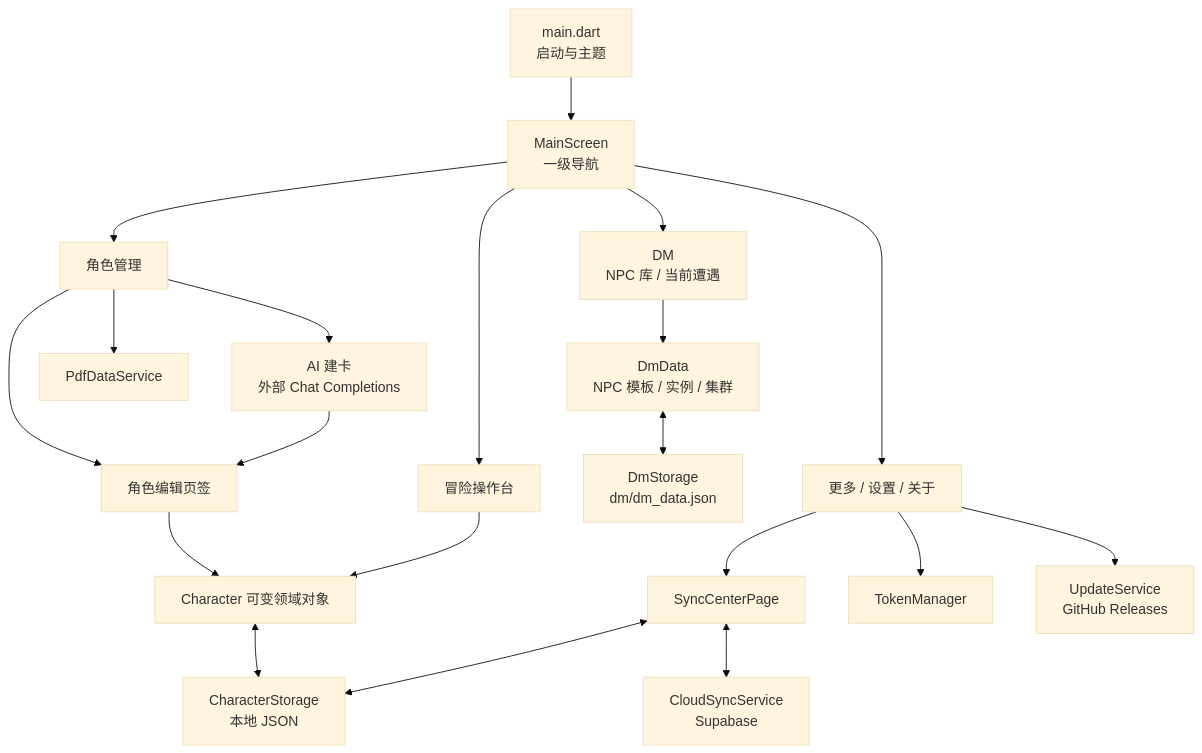
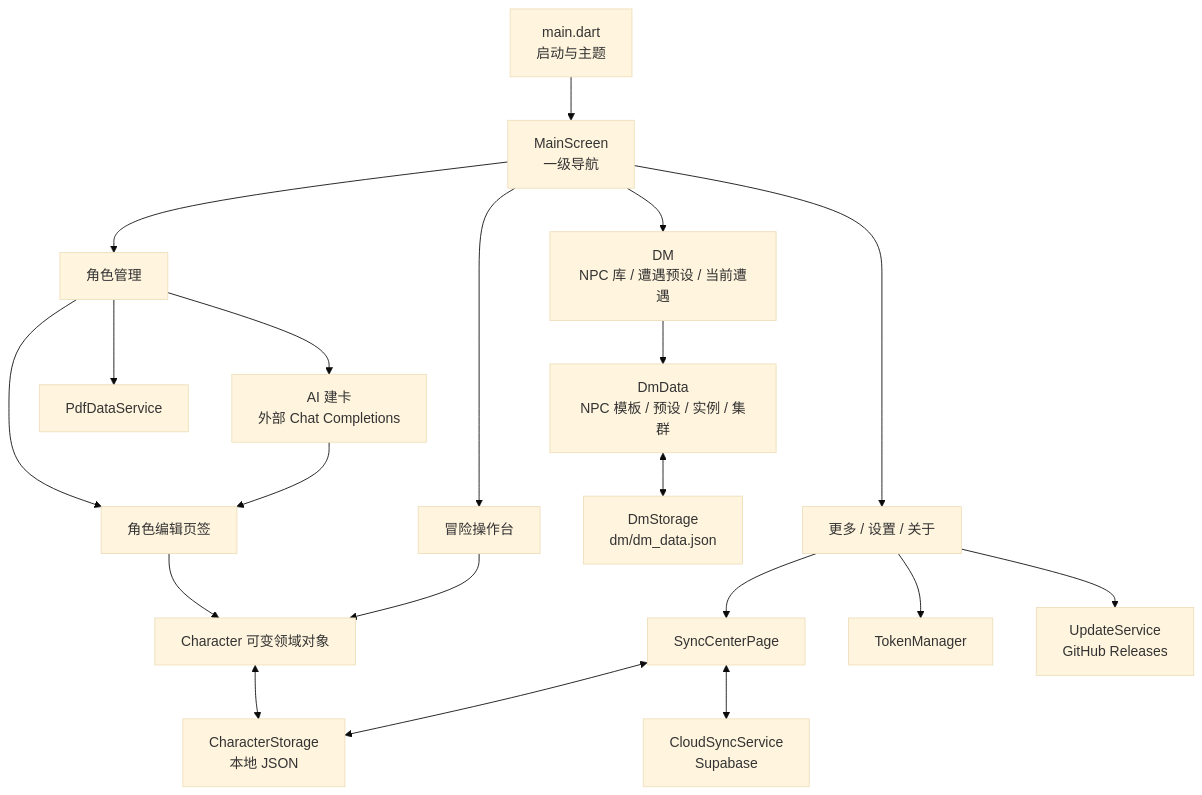
Before and after one commit to cadros1/dndtoolkit_flutter: the diagram in docs/总体架构.md, drawn with Mermaid (base theme). The commit also changed other lines of this file and 9 other files, not shown here.

````diff
--- a/docs/总体架构.md
+++ b/docs/总体架构.md
@@ -18,23 +18,23 @@
 ```mermaid
 flowchart TD
     Main["main.dart\n启动与主题"] --> Shell["MainScreen\n一级导航"]
     Shell --> Characters["角色管理"]
     Shell --> Adventure["冒险操作台"]
-    Shell --> DM["DM\nNPC 库 / 当前遭遇"]
+    Shell --> DM["DM\nNPC 库 / 遭遇预设 / 当前遭遇"]
     Shell --> More["更多 / 设置 / 关于"]
 
     Characters --> Edit["角色编辑页签"]
     Characters --> PDF["PdfDataService"]
     Characters --> AI["AI 建卡\n外部 Chat Completions"]
     AI --> Edit
     Adventure --> Model["Character 可变领域对象"]
-    DM --> DmModel["DmData\nNPC 模板 / 实例 / 集群"]
+    DM --> DmModel["DmData\nNPC 模板 / 预设 / 实例 / 集群"]
     DmModel <--> DmLocal["DmStorage\ndm/dm_data.json"]
     Edit --> Model
     Model <--> Local["CharacterStorage\n本地 JSON"]
     More --> CloudUI["SyncCenterPage"]
     CloudUI <--> Local
     CloudUI <--> Cloud["CloudSyncService\nSupabase"]
     More --> Token["TokenManager"]
     More --> Update["UpdateService\nGitHub Releases"]
 ```
````
